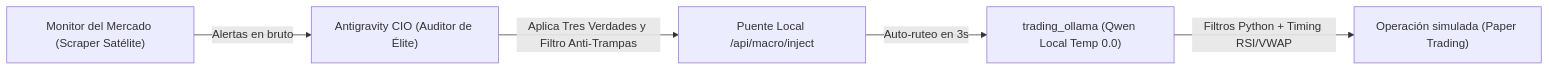
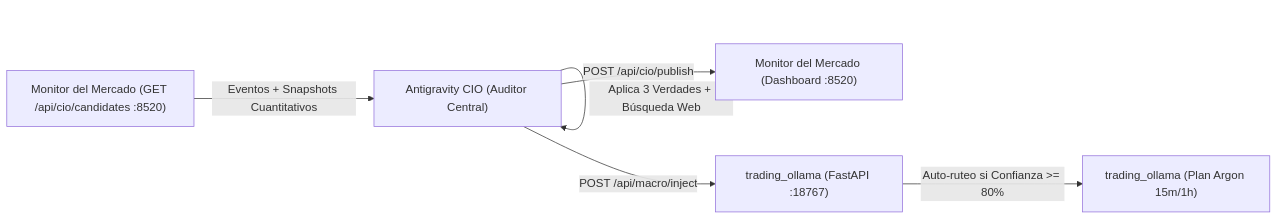
The diagram in .agents/skills/macro-cio-auditor/SKILL.md (RaulCirigliano/trading_ollama), drawn with Mermaid before and after one commit. The commit also changed other lines of this file and 15 other files, not shown here.

````diff
--- a/.agents/skills/macro-cio-auditor/SKILL.md
+++ b/.agents/skills/macro-cio-auditor/SKILL.md
@@ -42,7 +54,8 @@
 ```mermaid
 flowchart LR
-    A["Monitor del Mercado (Scraper Satélite)"] -->|Alertas en bruto| B["Antigravity CIO (Auditor de Élite)"]
-    B -->|Aplica Tres Verdades y Filtro Anti-Trampas| C["Puente Local /api/macro/inject"]
-    C -->|Auto-ruteo en 3s| D["trading_ollama (Qwen Local Temp 0.0)"]
-    D -->|Filtros Python + Timing RSI/VWAP| E["Operación simulada (Paper Trading)"]
+    A["Monitor del Mercado (GET /api/cio/candidates :8520)"] -->|Eventos + Snapshots Cuantitativos| B["Antigravity CIO (Auditor Central)"]
+    B -->|Aplica 3 Verdades + Búsqueda Web| B
+    B -->|POST /api/macro/inject| C["trading_ollama (FastAPI :18767)"]
+    B -->|POST /api/cio/publish| D["Monitor del Mercado (Dashboard :8520)"]
+    C -->|Auto-ruteo si Confianza >= 80%| E["trading_ollama (Plan Argon 15m/1h)"]
 ```
````
